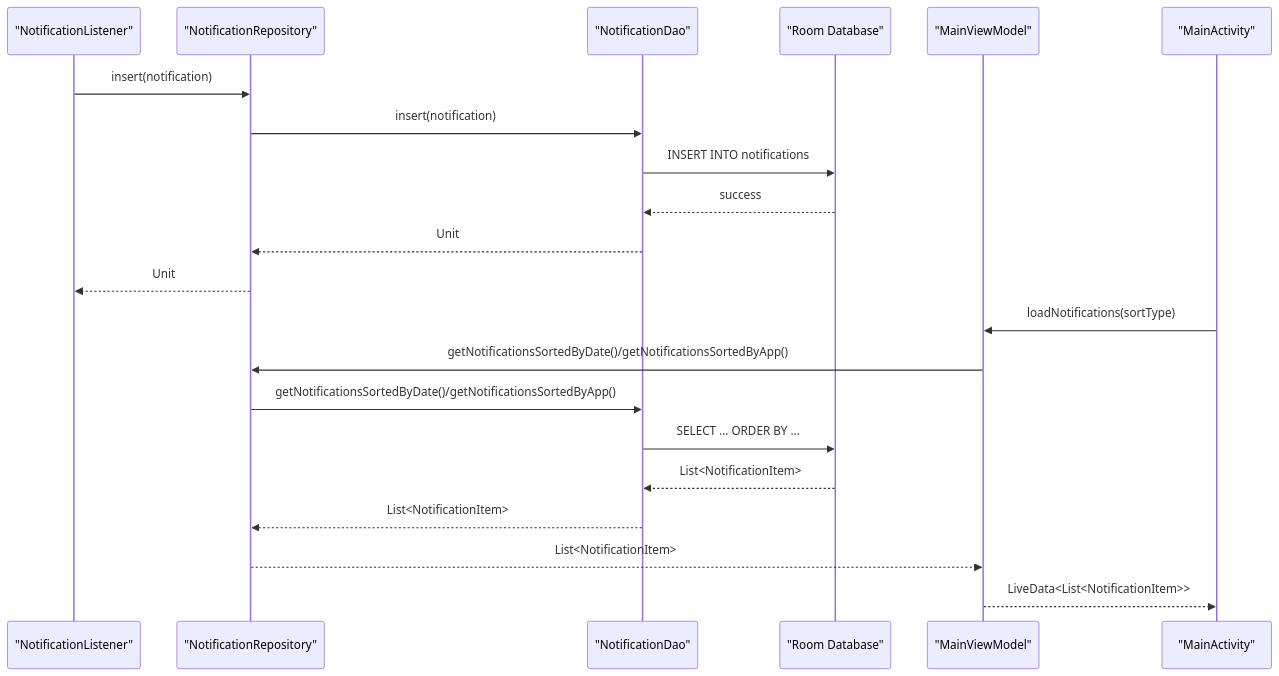
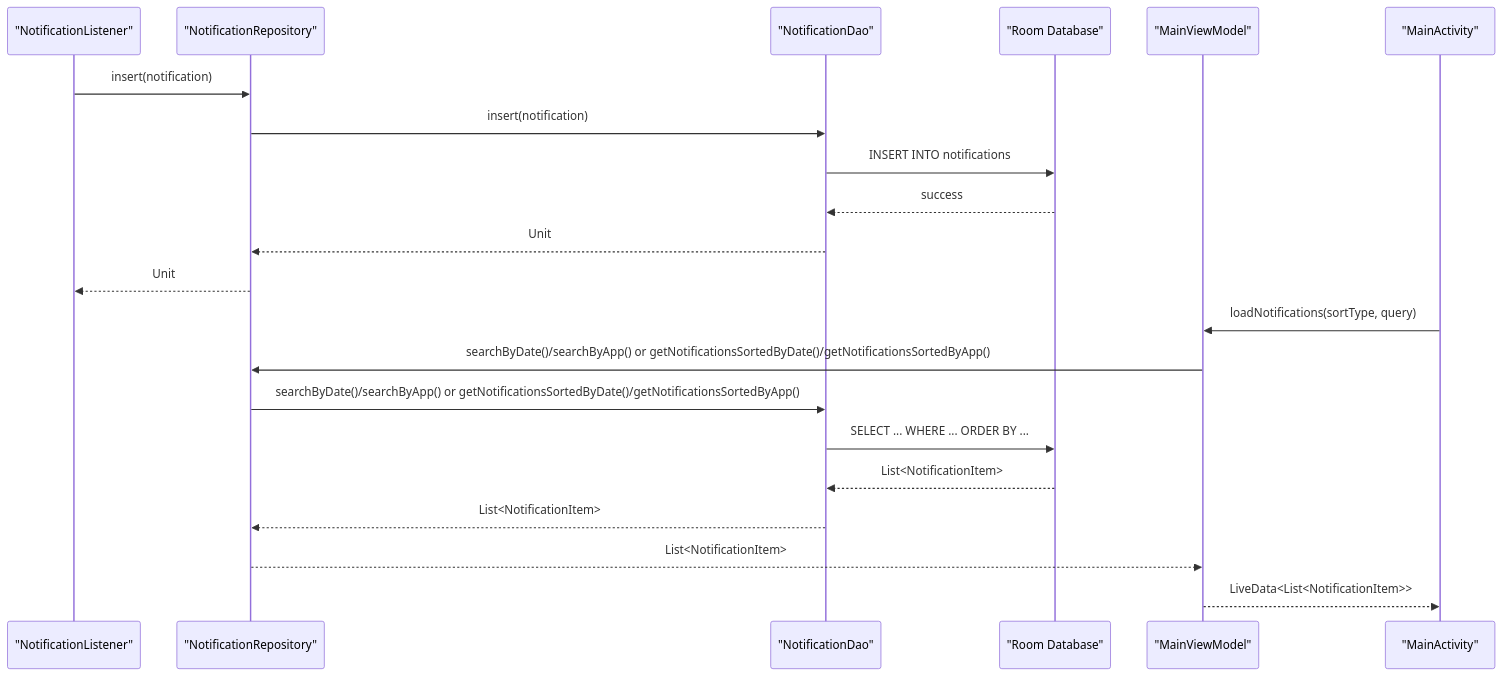
Before and after one commit to caldefoc/NotificationLog: the second of 3 diagrams in .qoder/repowiki/en/content/Data Management/Data Access Objects.md, drawn with Mermaid. The commit also changed other lines of this file and 13 other files, not shown here.

````diff
--- a/.qoder/repowiki/en/content/Data Management/Data Access Objects.md
+++ b/.qoder/repowiki/en/content/Data Management/Data Access Objects.md
@@ -118,23 +126,23 @@
 ```mermaid
 sequenceDiagram
 participant Service as "NotificationListener"
 participant Repo as "NotificationRepository"
 participant Dao as "NotificationDao"
 participant DB as "Room Database"
 participant VM as "MainViewModel"
 participant UI as "MainActivity"
 Service->>Repo : insert(notification)
 Repo->>Dao : insert(notification)
 Dao->>DB : INSERT INTO notifications
 DB-->>Dao : success
 Dao-->>Repo : Unit
 Repo-->>Service : Unit
-UI->>VM : loadNotifications(sortType)
-VM->>Repo : getNotificationsSortedByDate()/getNotificationsSortedByApp()
-Repo->>Dao : getNotificationsSortedByDate()/getNotificationsSortedByApp()
-Dao->>DB : SELECT ... ORDER BY ...
+UI->>VM : loadNotifications(sortType, query)
+VM->>Repo : searchByDate()/searchByApp() or getNotificationsSortedByDate()/getNotificationsSortedByApp()
+Repo->>Dao : searchByDate()/searchByApp() or getNotificationsSortedByDate()/getNotificationsSortedByApp()
+Dao->>DB : SELECT ... WHERE ... ORDER BY ...
 DB-->>Dao : List<NotificationItem>
 Dao-->>Repo : List<NotificationItem>
 Repo-->>VM : List<NotificationItem>
 VM-->>UI : LiveData<List<NotificationItem>>
 ```
````
